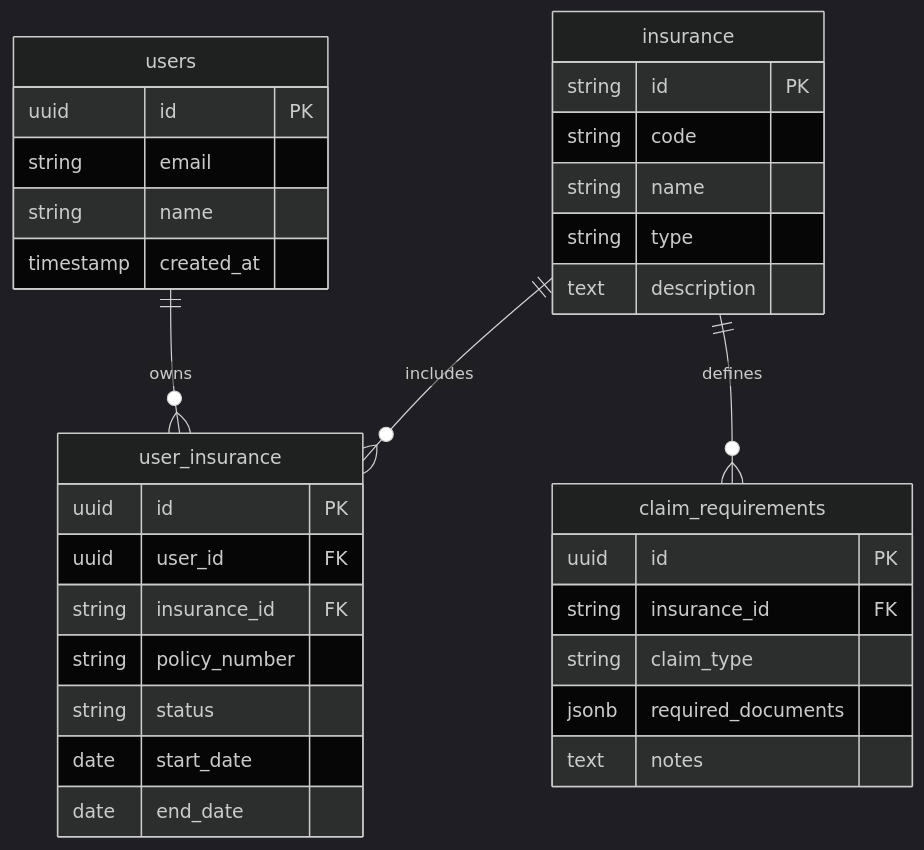
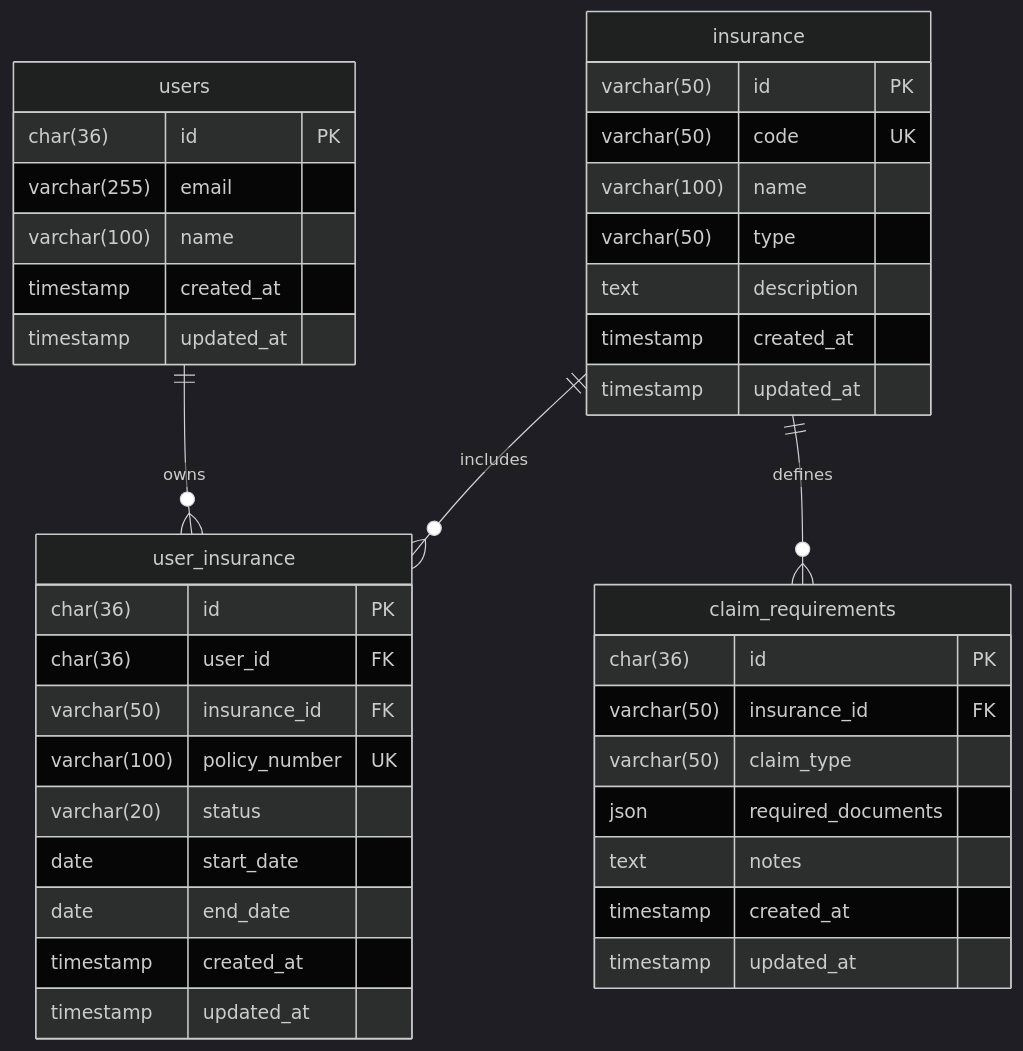
The diagram in README.md (woody1234567/insuranceAssistance), drawn with Mermaid (dark theme) before and after one commit. The commit also changed other lines of this file and 11 other files, not shown here.

````diff
--- a/README.md
+++ b/README.md
@@ -184,39 +227,46 @@
 ```mermaid
 erDiagram
     users ||--o{ user_insurance : owns
     insurance ||--o{ user_insurance : includes
     insurance ||--o{ claim_requirements : defines
 
     users {
-        uuid id PK
-        string email
-        string name
+        char(36) id PK
+        varchar(255) email
+        varchar(100) name
         timestamp created_at
+        timestamp updated_at
     }
 
     insurance {
-        string id PK
-        string code
-        string name
-        string type
+        varchar(50) id PK
+        varchar(50) code UK
+        varchar(100) name
+        varchar(50) type
         text description
+        timestamp created_at
+        timestamp updated_at
     }
 
     user_insurance {
-        uuid id PK
-        uuid user_id FK
-        string insurance_id FK
-        string policy_number
-        string status
+        char(36) id PK
+        char(36) user_id FK
+        varchar(50) insurance_id FK
+        varchar(100) policy_number UK
+        varchar(20) status
         date start_date
         date end_date
+        timestamp created_at
+        timestamp updated_at
     }
 
     claim_requirements {
-        uuid id PK
-        string insurance_id FK
-        string claim_type
-        jsonb required_documents
+        char(36) id PK
+        varchar(50) insurance_id FK
+        varchar(50) claim_type
+        json required_documents
         text notes
+        timestamp created_at
+        timestamp updated_at
     }
 ```
````
